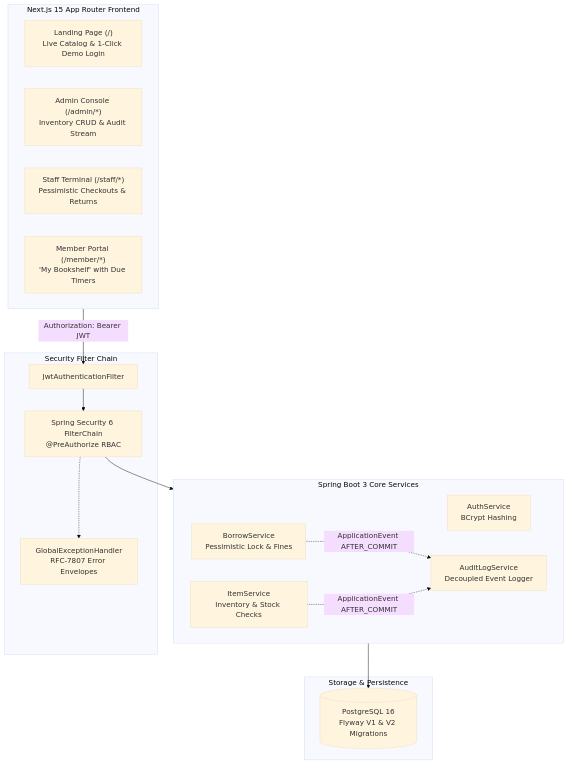
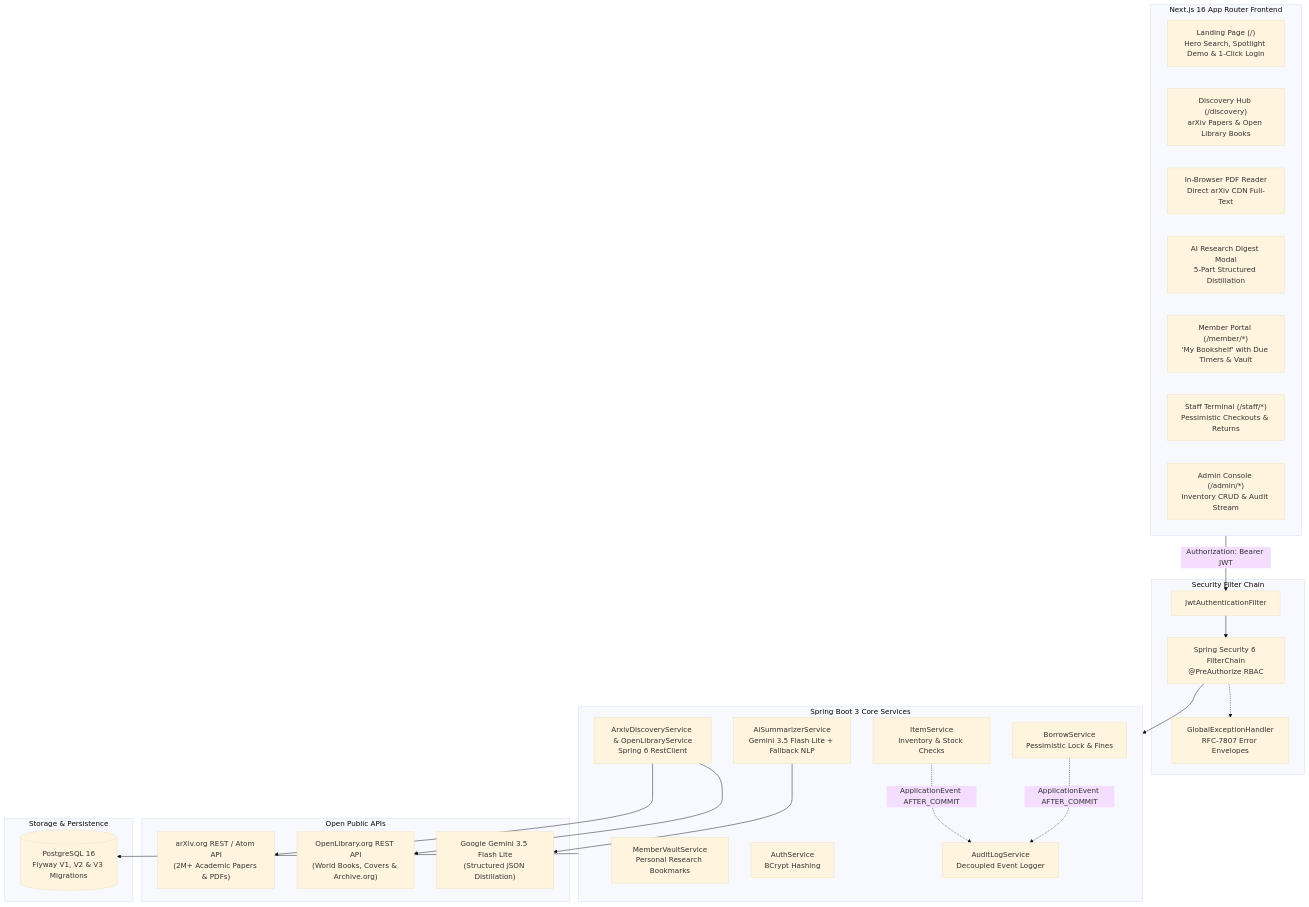
Before and after one commit to AdnanGhani07/LibraVault: the diagram in README.md, drawn with Mermaid (base theme). The commit also changed other lines of this file and 49 other files, not shown here.

Commit message:
feat: implement research discovery hub, dual-tier AI paper summarizer, KaTeX rendering, and dual navbar

````diff
--- a/README.md
+++ b/README.md
@@ -18,34 +18,49 @@
 ```mermaid
 graph TD
-    subgraph FrontendLayer [Next.js 15 App Router Frontend]
-        LandingUI["Landing Page (/)<br/>Live Catalog & 1-Click Demo Login"]
+    subgraph FrontendLayer [Next.js 16 App Router Frontend]
+        LandingUI["Landing Page (/)<br/>Hero Search, Spotlight Demo & 1-Click Login"]
+        DiscUI["Discovery Hub (/discovery)<br/>arXiv Papers & Open Library Books"]
+        PDFReader["In-Browser PDF Reader<br/>Direct arXiv CDN Full-Text"]
+        AIDrawer["AI Research Digest Modal<br/>5-Part Structured Distillation"]
+        MemberUI["Member Portal (/member/*)<br/>'My Bookshelf' with Due Timers & Vault"]
+        StaffUI["Staff Terminal (/staff/*)<br/>Pessimistic Checkouts & Returns"]
         AdminUI["Admin Console (/admin/*)<br/>Inventory CRUD & Audit Stream"]
-        StaffUI["Staff Terminal (/staff/*)<br/>Pessimistic Checkouts & Returns"]
-        MemberUI["Member Portal (/member/*)<br/>'My Bookshelf' with Due Timers"]
     end
 
     subgraph SecurityGateway [Security Filter Chain]
         JWTFilter[JwtAuthenticationFilter]
         SecConfig[Spring Security 6 FilterChain<br/>@PreAuthorize RBAC]
         ExcHandler[GlobalExceptionHandler<br/>RFC-7807 Error Envelopes]
     end
 
     subgraph BusinessDomain [Spring Boot 3 Core Services]
+        DiscSvc[ArxivDiscoveryService & OpenLibraryService<br/>Spring 6 RestClient]
+        AISvc[AiSummarizerService<br/>Gemini 3.5 Flash Lite + Fallback NLP]
+        VaultSvc[MemberVaultService<br/>Personal Research Bookmarks]
         AuthSvc[AuthService<br/>BCrypt Hashing]
         ItemSvc[ItemService<br/>Inventory & Stock Checks]
         BorrowSvc[BorrowService<br/>Pessimistic Lock & Fines]
         AuditSvc[AuditLogService<br/>Decoupled Event Logger]
     end
 
+    subgraph ExternalAPIs [Open Public APIs]
+        ArxivAPI["arXiv.org REST / Atom API<br/>(2M+ Academic Papers & PDFs)"]
+        OpenLibAPI["OpenLibrary.org REST API<br/>(World Books, Covers & Archive.org)"]
+        GeminiAPI["Google Gemini 3.5 Flash Lite<br/>(Structured JSON Distillation)"]
+    end
+
     subgraph DataLayer [Storage & Persistence]
-        Postgres[(PostgreSQL 16<br/>Flyway V1 & V2 Migrations)]
+        Postgres[(PostgreSQL 16<br/>Flyway V1, V2 & V3 Migrations)]
     end
 
     FrontendLayer -->|Authorization: Bearer JWT| JWTFilter
     JWTFilter --> SecConfig
     SecConfig --> BusinessDomain
     SecConfig -.-> ExcHandler
+    DiscSvc --> ArxivAPI
+    DiscSvc --> OpenLibAPI
+    AISvc --> GeminiAPI
     BorrowSvc -.->|ApplicationEvent AFTER_COMMIT| AuditSvc
     ItemSvc -.->|ApplicationEvent AFTER_COMMIT| AuditSvc
     BusinessDomain --> Postgres
 ```
````
